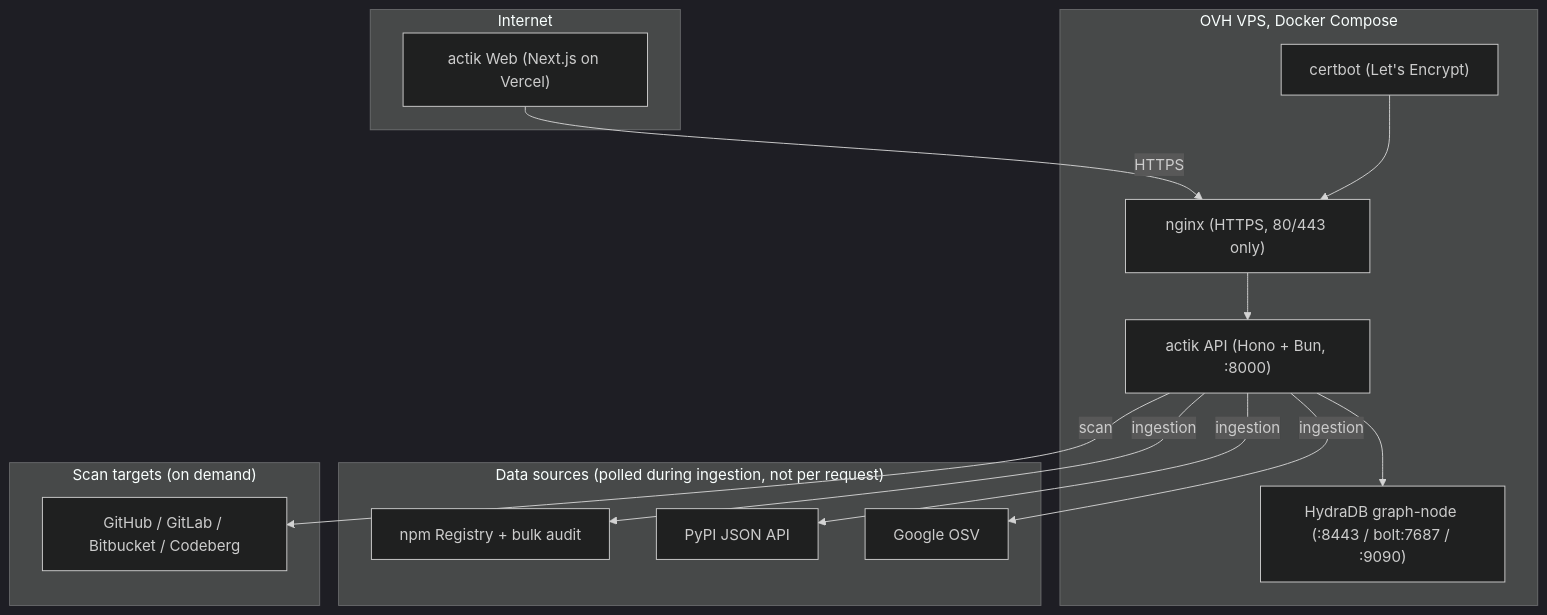
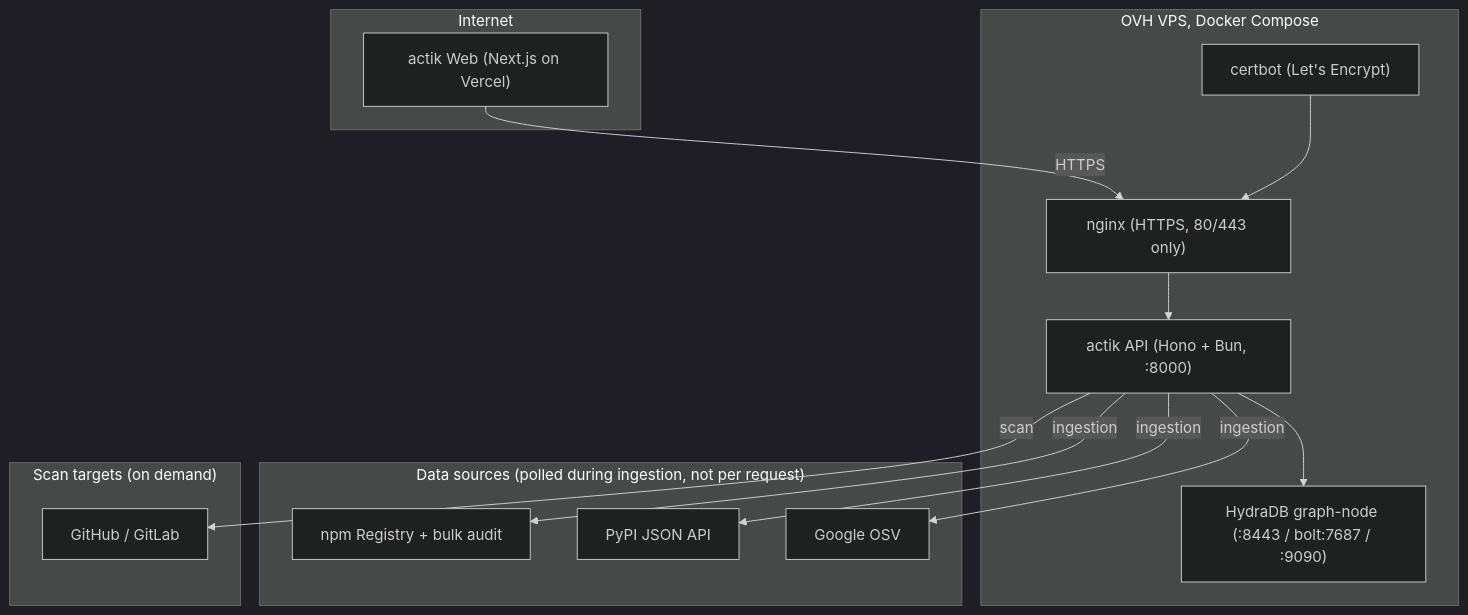
Before and after one commit to f-ei8ht/actik-backend: the first of 4 diagrams in README.md, drawn with Mermaid (dark theme). The commit also changed other lines of this file and 4 other files, not shown here.

````diff
--- a/README.md
+++ b/README.md
@@ -28,33 +43,33 @@
 ```mermaid
 flowchart TB
     subgraph internet["Internet"]
         Web["actik Web (Next.js on Vercel)"]
     end
 
     subgraph vps["OVH VPS, Docker Compose"]
         nginx["nginx (HTTPS, 80/443 only)"]
         api["actik API (Hono + Bun, :8000)"]
         hydradb["HydraDB graph-node (:8443 / bolt:7687 / :9090)"]
         certbot["certbot (Let's Encrypt)"]
 
         nginx --> api
         api --> hydradb
         certbot --> nginx
     end
 
     subgraph data["Data sources (polled during ingestion, not per request)"]
         npm["npm Registry + bulk audit"]
         pypi["PyPI JSON API"]
         osv["Google OSV"]
     end
 
     subgraph scan_targets["Scan targets (on demand)"]
-        gh["GitHub / GitLab / Bitbucket / Codeberg"]
+        gh["GitHub / GitLab"]
     end
 
     Web -- HTTPS --> nginx
     api -- ingestion --> npm
     api -- ingestion --> pypi
     api -- ingestion --> osv
     api -- scan --> gh
 ```
````
